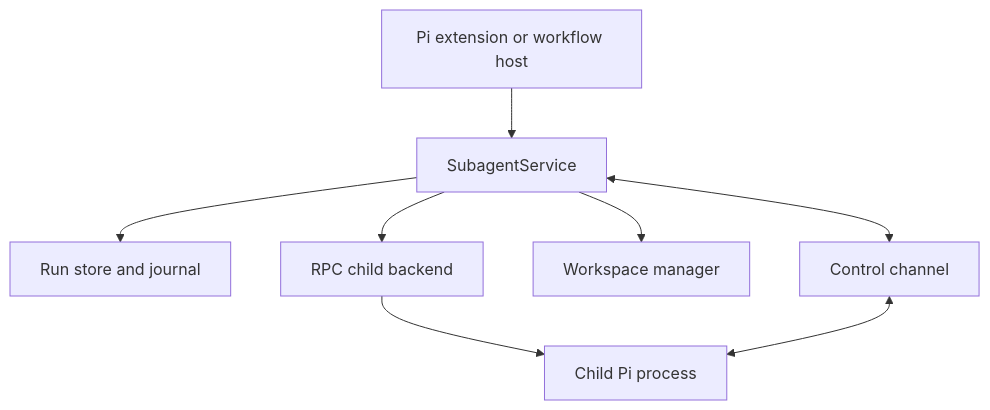
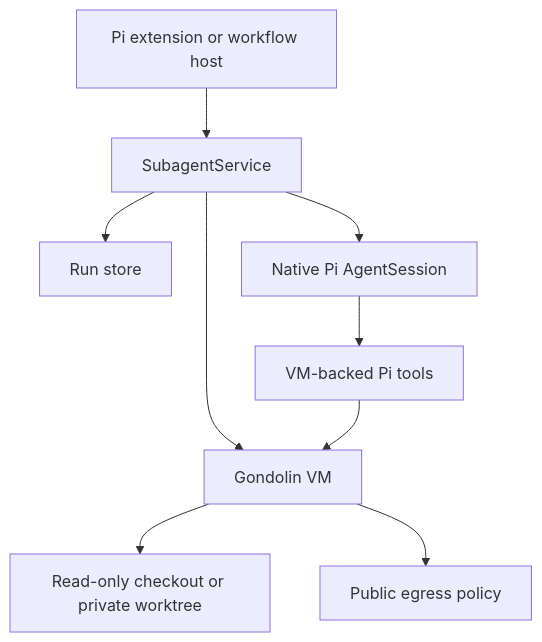
The first of 2 diagrams in docs/architecture.md (vegardx/pi-subagent), drawn with Mermaid before and after one commit. The commit also changed other lines of this file and 13 other files, not shown here.

Commit message:
docs: adopt Gondolin isolation architecture

````diff
--- a/docs/architecture.md
+++ b/docs/architecture.md
@@ -8,18 +8,20 @@
 ```mermaid
 graph TD
     Host[Pi extension or workflow host]
     Service[SubagentService]
-    Store[Run store and journal]
-    Backend[RPC child backend]
-    Child[Child Pi process]
-    Workspace[Workspace manager]
-    Control[Control channel]
+    Store[Run store]
+    Session[Native Pi AgentSession]
+    Sandbox[Gondolin VM]
+    Tools[VM-backed Pi tools]
+    Workspace[Read-only checkout or private worktree]
+    Network[Public egress policy]
 
     Host --> Service
     Service --> Store
-    Service --> Workspace
-    Service --> Backend
-    Backend --> Child
-    Service <--> Control
-    Control <--> Child
+    Service --> Session
+    Service --> Sandbox
+    Session --> Tools
+    Tools --> Sandbox
+    Sandbox --> Workspace
+    Sandbox --> Network
 ```
````
